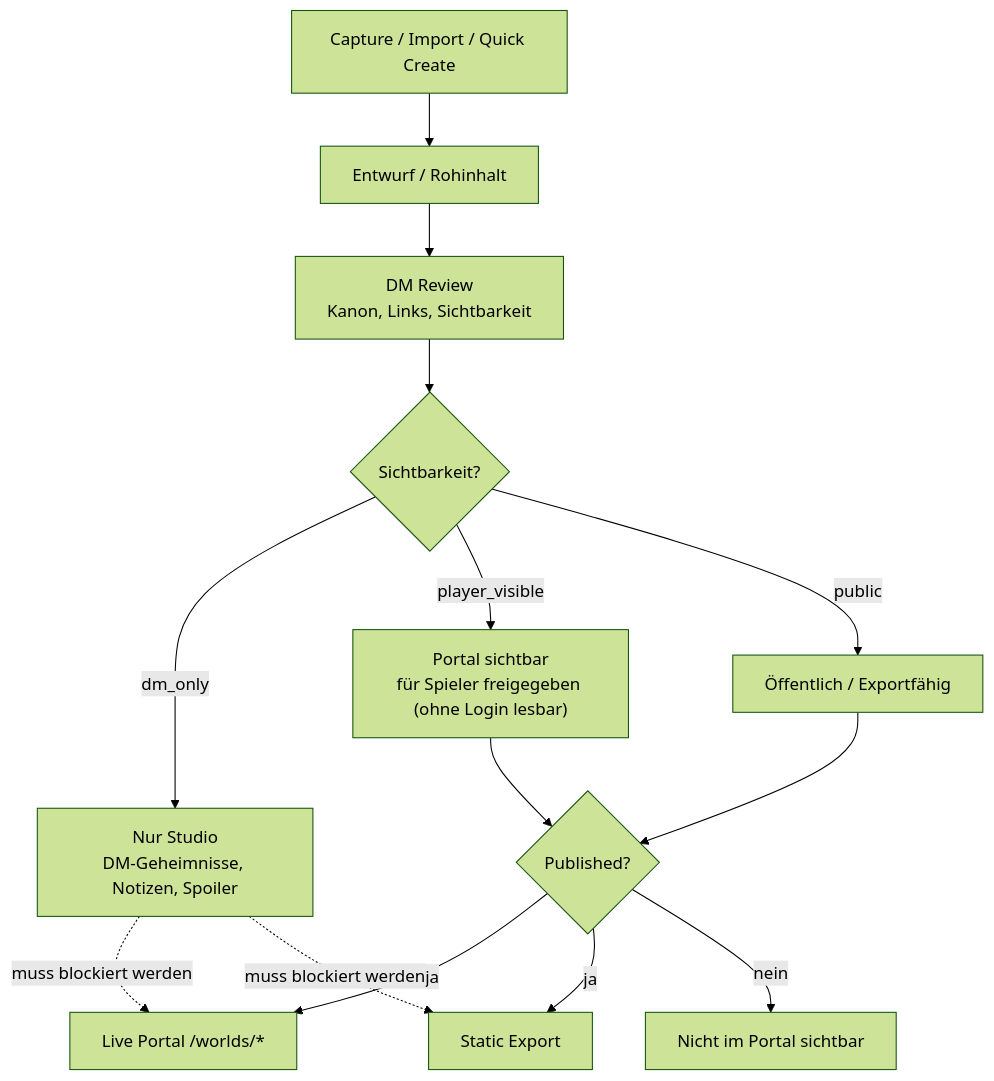
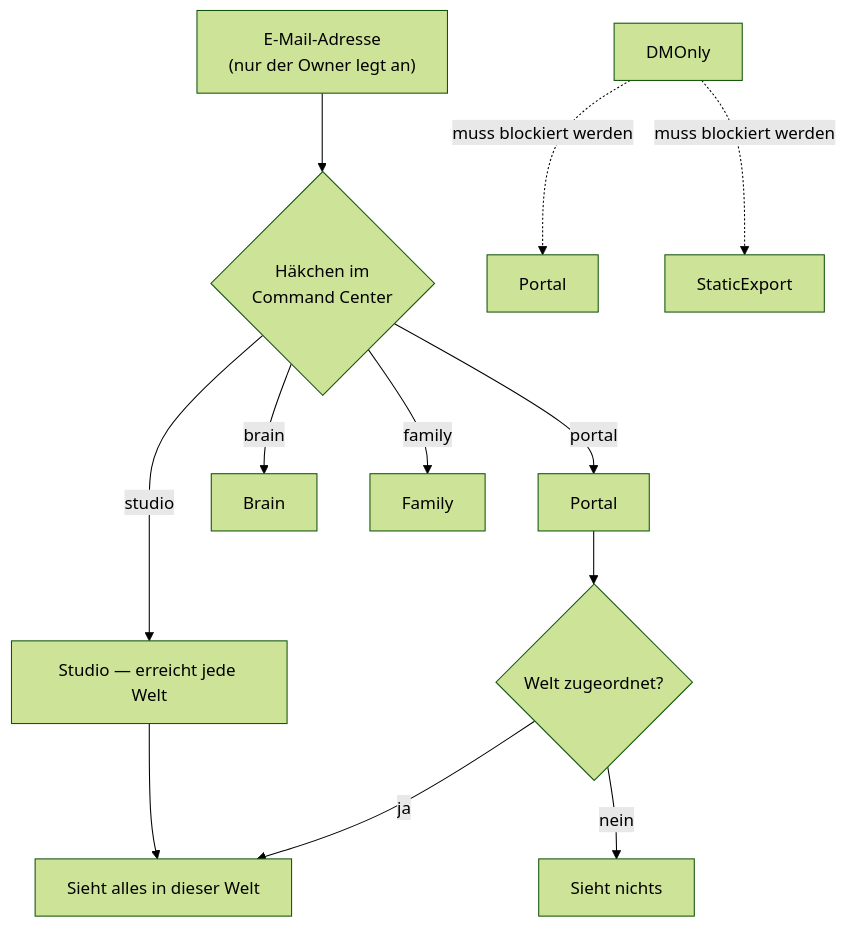
The third of 6 diagrams in docs/ARCHITECTURE.md (Nehmo101/UWE), drawn with Mermaid (forest theme) before and after one commit. The commit also changed other lines of this file and 264 other files, not shown here.

First line of the commit message:
refactor!: Zugangsmodell auf vier Häkchen pro E-Mail-Adresse

````diff
--- a/docs/ARCHITECTURE.md
+++ b/docs/ARCHITECTURE.md
@@ -85,20 +89,18 @@
 ```mermaid
 flowchart TD
-  Capture["Capture / Import / Quick Create"] --> Draft["Entwurf / Rohinhalt"]
-  Draft --> Review["DM Review<br/>Kanon, Links, Sichtbarkeit"]
-  Review --> Visibility{"Sichtbarkeit?"}
+  Address["E-Mail-Adresse<br/>(nur der Owner legt an)"] --> Checkboxes{"Häkchen im<br/>Command Center"}
 
-  Visibility -->|dm_only| DMOnly["Nur Studio<br/>DM-Geheimnisse, Notizen, Spoiler"]
-  Visibility -->|player_visible| PortalContent["Portal sichtbar<br/>für Spieler freigegeben (ohne Login lesbar)"]
-  Visibility -->|public| PublicContent["Öffentlich / Exportfähig"]
+  Checkboxes -->|portal| PortalApp["Portal"]
+  Checkboxes -->|studio| StudioApp["Studio — erreicht jede Welt"]
+  Checkboxes -->|brain| BrainApp["Brain"]
+  Checkboxes -->|family| FamilyApp["Family"]
 
-  PortalContent --> Published{"Published?"}
-  PublicContent --> Published
+  PortalApp --> Assignment{"Welt zugeordnet?"}
+  Assignment -->|ja| WorldContent["Sieht alles in dieser Welt"]
+  Assignment -->|nein| Nothing["Sieht nichts"]
 
-  Published -->|ja| Portal["Live Portal /worlds/*"]
-  Published -->|ja| StaticExport["Static Export"]
-  Published -->|nein| Hidden["Nicht im Portal sichtbar"]
+  StudioApp --> WorldContent
 
   DMOnly -.->|muss blockiert werden| Portal
   DMOnly -.->|muss blockiert werden| StaticExport
 ```
````
